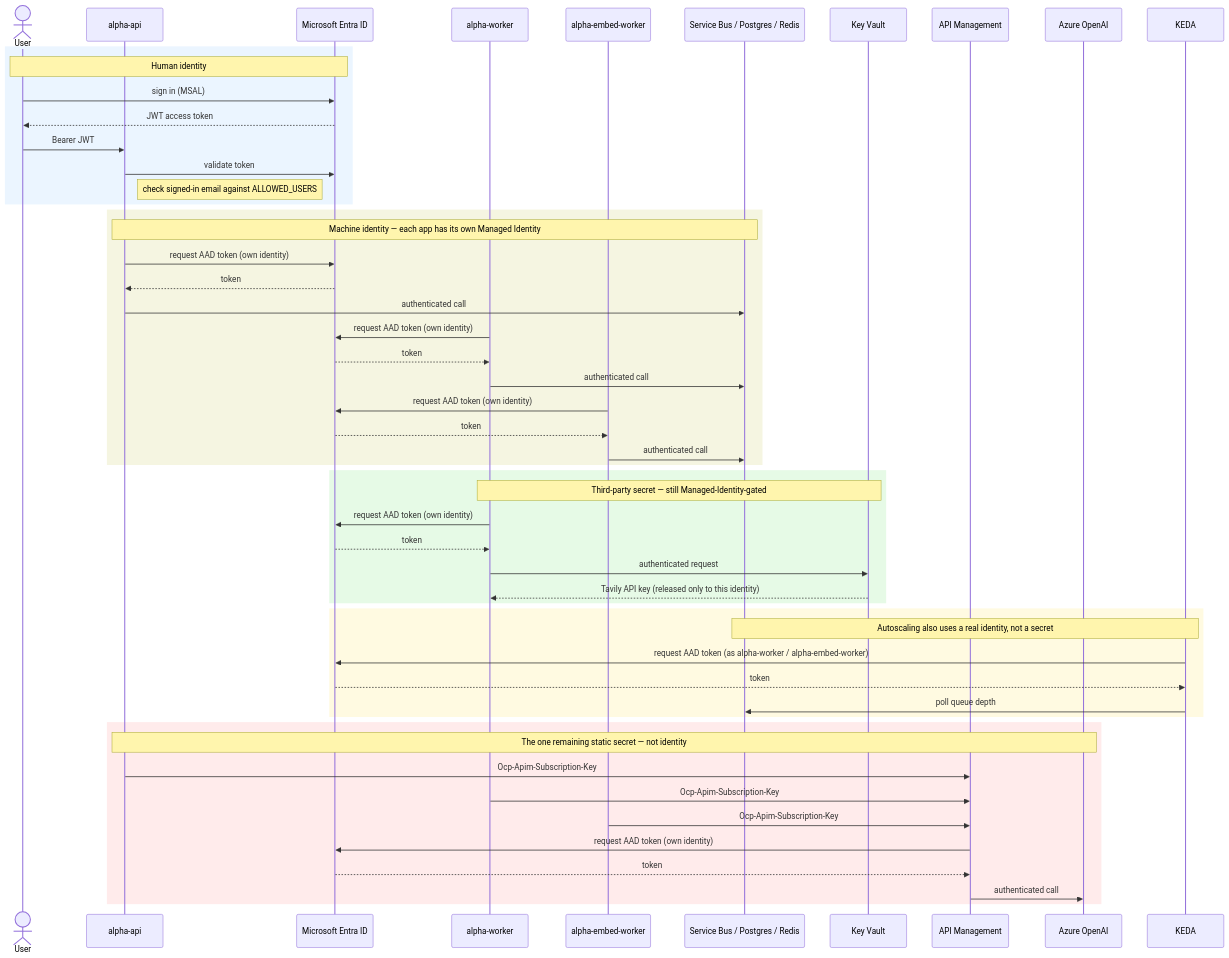
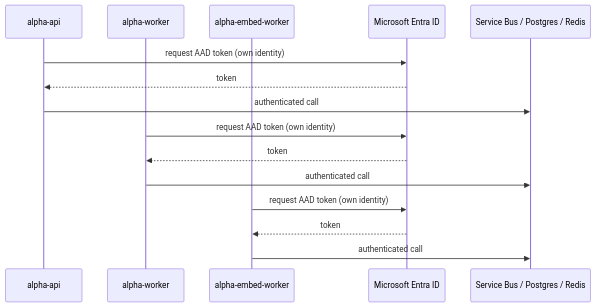
Before and after one commit to jovinod/agenticAI: the second of 5 diagrams in book/chapter-08-auth.md, drawn with Mermaid. The commit also changed other lines of this file, not shown here.

````diff
--- a/book/chapter-08-auth.md
+++ b/book/chapter-08-auth.md
@@ -178,62 +195,20 @@
 ```mermaid
 sequenceDiagram
-    actor User
     participant API as alpha-api
-    participant Entra as Microsoft Entra ID
     participant Worker as alpha-worker
     participant Embed as alpha-embed-worker
+    participant Entra as Microsoft Entra ID
     participant Data as Service Bus / Postgres / Redis
-    participant KV as Key Vault
-    participant APIM as API Management
-    participant AOAI as Azure OpenAI
-    participant KEDA
 
-    rect rgb(235, 245, 255)
-    Note over User, Entra: Human identity
-    User->>Entra: sign in (MSAL)
-    Entra-->>User: JWT access token
-    User->>API: Bearer JWT
-    API->>Entra: validate token
-    Note right of API: check signed-in email against ALLOWED_USERS
-    end
-
-    rect rgb(245, 245, 225)
-    Note over API, Data: Machine identity — each app has its own Managed Identity
     API->>Entra: request AAD token (own identity)
     Entra-->>API: token
     API->>Data: authenticated call
 
     Worker->>Entra: request AAD token (own identity)
     Entra-->>Worker: token
     Worker->>Data: authenticated call
 
     Embed->>Entra: request AAD token (own identity)
     Entra-->>Embed: token
     Embed->>Data: authenticated call
-    end
-
-    rect rgb(230, 250, 230)
-    Note over Worker, KV: Third-party secret — still Managed-Identity-gated
-    Worker->>Entra: request AAD token (own identity)
-    Entra-->>Worker: token
-    Worker->>KV: authenticated request
-    KV-->>Worker: Tavily API key (released only to this identity)
-    end
-
-    rect rgb(255, 250, 225)
-    Note over KEDA, Data: Autoscaling also uses a real identity, not a secret
-    KEDA->>Entra: request AAD token (as alpha-worker / alpha-embed-worker)
-    Entra-->>KEDA: token
-    KEDA->>Data: poll queue depth
-    end
-
-    rect rgb(255, 235, 235)
-    Note over API, AOAI: The one remaining static secret — not identity
-    API->>APIM: Ocp-Apim-Subscription-Key
-    Worker->>APIM: Ocp-Apim-Subscription-Key
-    Embed->>APIM: Ocp-Apim-Subscription-Key
-    APIM->>Entra: request AAD token (own identity)
-    Entra-->>APIM: token
-    APIM->>AOAI: authenticated call
-    end
 ```
````
